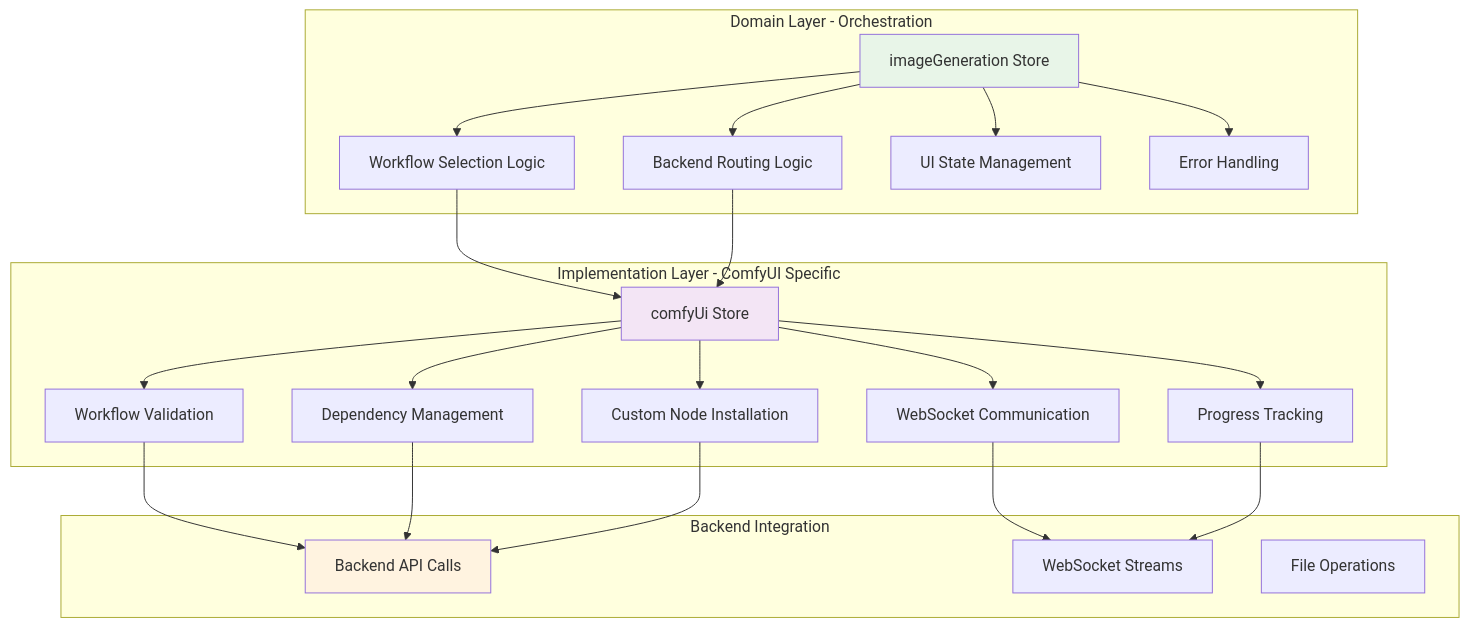
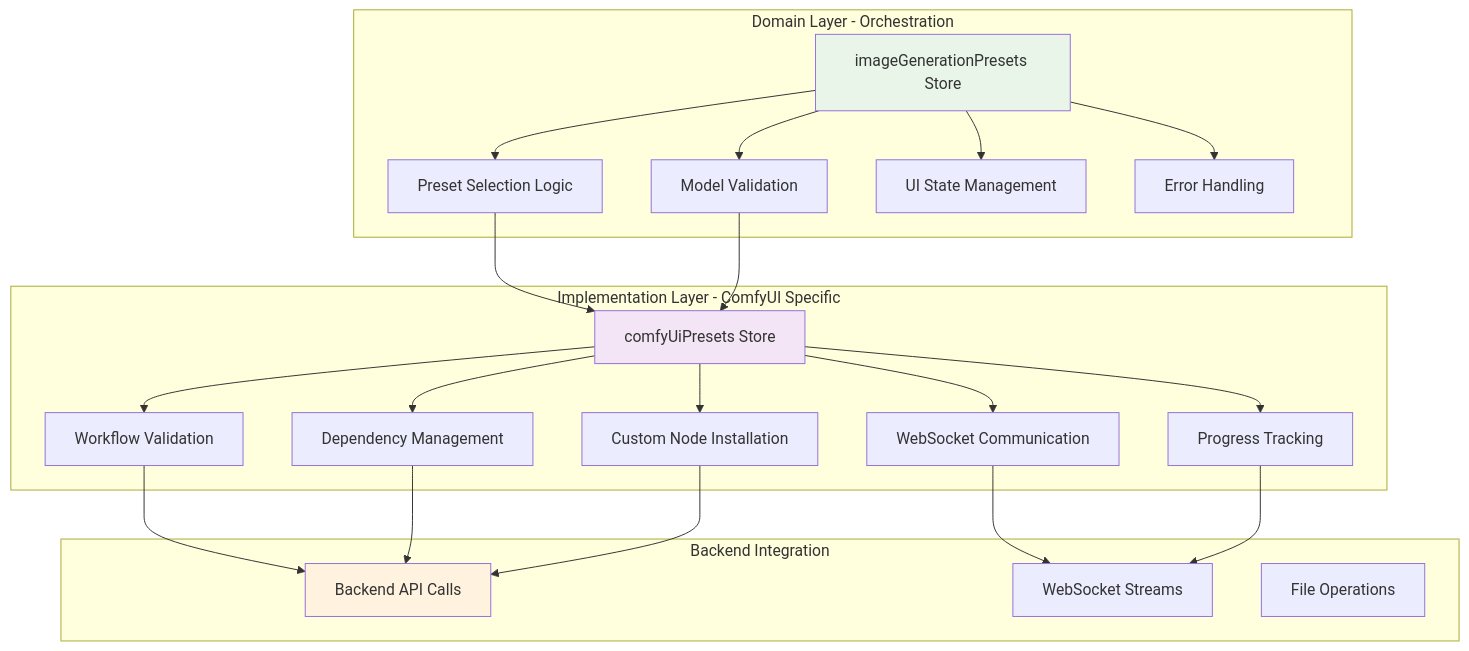
One commit to intel/AI-Playground changed the eighth of 8 diagrams in AGENTS.md. Above: the diagram before and after it, drawn with Mermaid. The commit also changed other lines of this file and 358 other files, not shown here.

````diff
--- a/AGENTS.md
+++ b/AGENTS.md
@@ -1240,48 +1263,48 @@
 ```mermaid
 graph TB
     subgraph "Domain Layer - Orchestration"
-        A[imageGeneration Store]
-        A1[Workflow Selection Logic]
-        A2[Backend Routing Logic]
+        A[imageGenerationPresets Store]
+        A1[Preset Selection Logic]
+        A2[Model Validation]
         A3[UI State Management]
         A4[Error Handling]
     end
     
     subgraph "Implementation Layer - ComfyUI Specific"
-        B[comfyUi Store]
+        B[comfyUiPresets Store]
         B1[Workflow Validation]
         B2[Dependency Management]
         B3[WebSocket Communication]
         B4[Progress Tracking]
         B5[Custom Node Installation]
     end
     
     subgraph "Backend Integration"
         C[Backend API Calls]
         D[WebSocket Streams]
         E[File Operations]
     end
     
     A --> A1
     A --> A2
     A --> A3
     A --> A4
     A1 --> B
     A2 --> B
     
     B --> B1
     B --> B2
     B --> B3
     B --> B4
     B --> B5
     
     B1 --> C
     B2 --> C
     B3 --> D
     B4 --> D
     B5 --> C
     
     style A fill:#e8f5e8
     style B fill:#f3e5f5
     style C fill:#fff3e0
 ```
````
